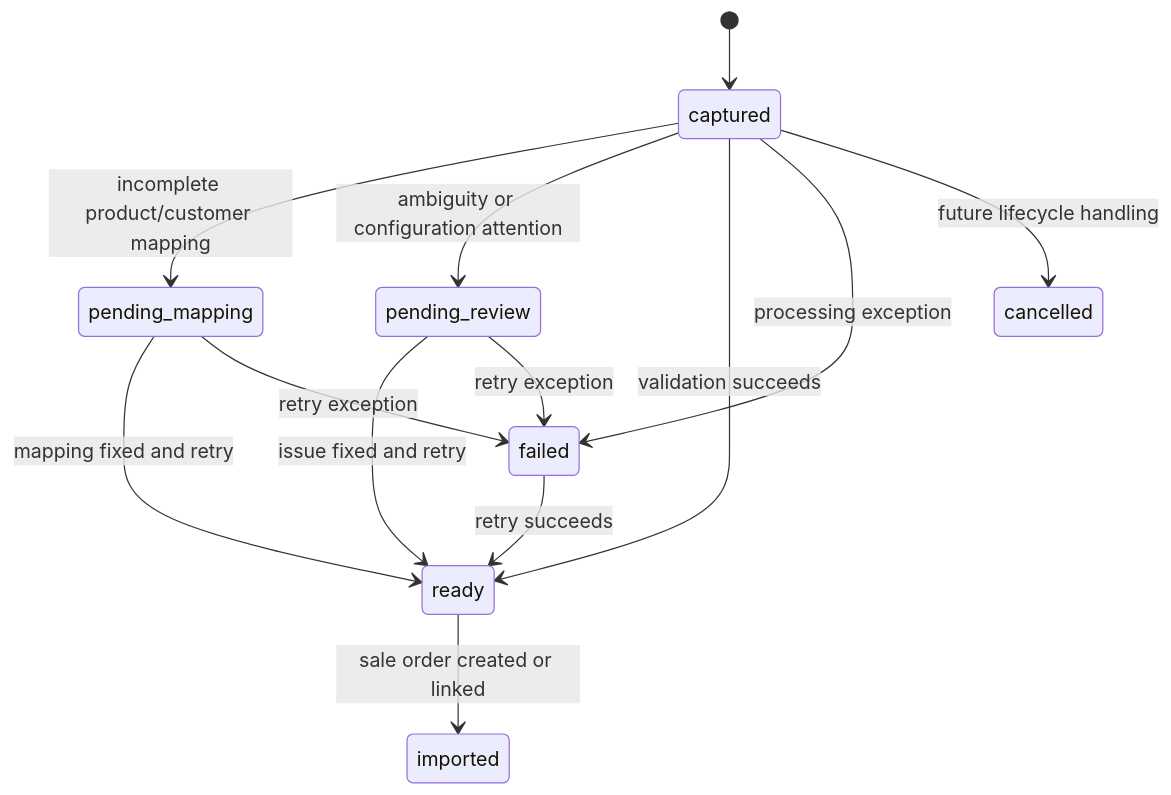
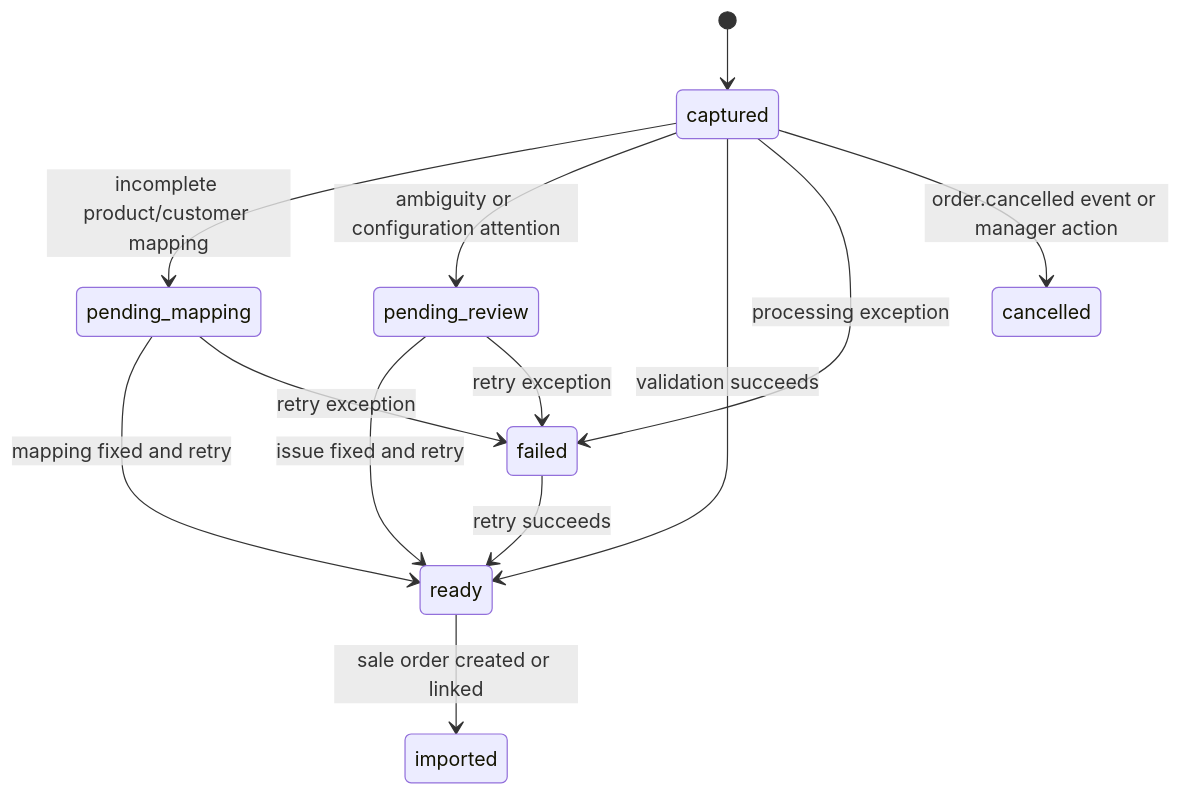
Before and after one commit to StevenBahaa/odoo18-ecommerce-sales-sync: the fourth of 6 diagrams in docs/02_ARCHITECTURE.md, drawn with Mermaid. The commit also changed other lines of this file and 19 other files, not shown here.

First line of the commit message:
feat(uc24): route order.cancelled with watermark ordering and cancellation policy

```diff
--- a/docs/02_ARCHITECTURE.md
+++ b/docs/02_ARCHITECTURE.md
@@ -90,15 +90,15 @@
 ~~~mermaid
 stateDiagram-v2
     [*] --> captured
     captured --> pending_mapping: incomplete product/customer mapping
     captured --> pending_review: ambiguity or configuration attention
     captured --> ready: validation succeeds
     ready --> imported: sale order created or linked
     captured --> failed: processing exception
     pending_mapping --> ready: mapping fixed and retry
     pending_review --> ready: issue fixed and retry
     failed --> ready: retry succeeds
     pending_mapping --> failed: retry exception
     pending_review --> failed: retry exception
-    captured --> cancelled: future lifecycle handling
+    captured --> cancelled: order.cancelled event or manager action
 ~~~
```
